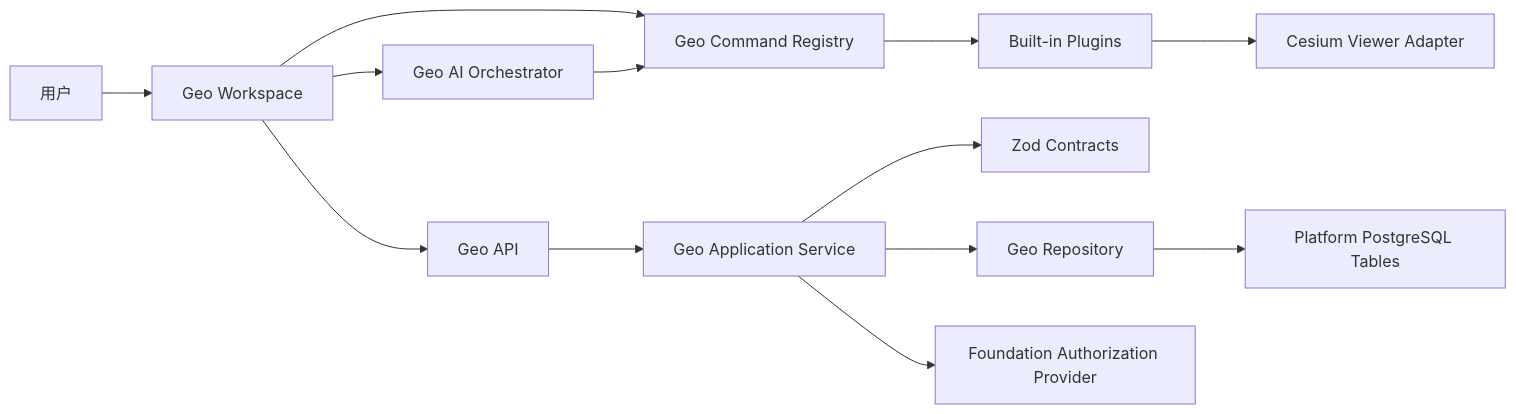
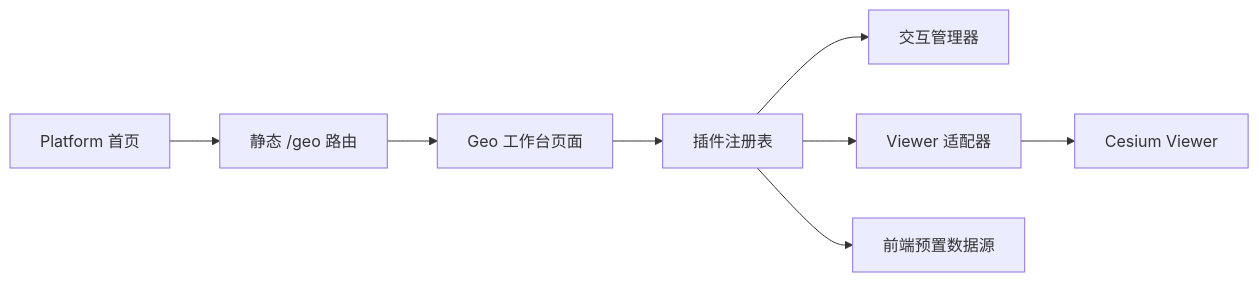
One commit to tanghaojie/Cyber-Sight changed the diagram in docs/platform/design/modules/geo.md. Above: the diagram before and after it, drawn with Mermaid. The commit also changed other lines of this file and 9 other files, not shown here.

````diff
--- a/docs/platform/design/modules/geo.md
+++ b/docs/platform/design/modules/geo.md
@@ -107,15 +112,10 @@
 ```mermaid
 flowchart LR
-    U["用户"] --> W["Geo Workspace"]
-    W --> C["Geo Command Registry"]
-    C --> P["Built-in Plugins"]
-    P --> V["Cesium Viewer Adapter"]
-    W --> A["Geo API"]
-    A --> S["Geo Application Service"]
-    S --> Z["Zod Contracts"]
-    S --> R["Geo Repository"]
-    R --> D["Platform PostgreSQL Tables"]
-    S --> F["Foundation Authorization Provider"]
-    I["Geo AI Orchestrator"] --> C
-    W --> I
+    H["Platform 首页"] --> R["静态 /geo 路由"]
+    R --> W["Geo 工作台页面"]
+    W --> G["插件注册表"]
+    G --> I["交互管理器"]
+    G --> V["Viewer 适配器"]
+    V --> C["Cesium Viewer"]
+    G --> D["前端预置数据源"]
 ```
````
